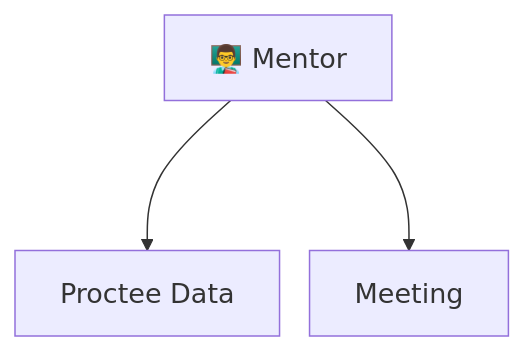
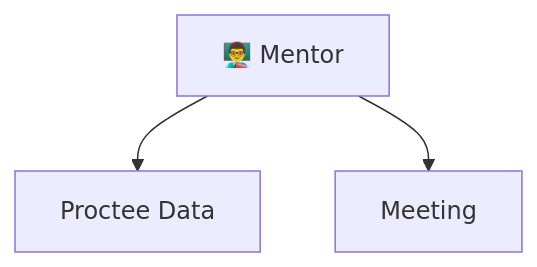
One commit to ankitn1311/acharya_docs changed the fifth of 7 diagrams in src/content/modules/employee/my-menu/my-profile.mdx. Above: the diagram before and after it, drawn with Mermaid. The commit also changed other lines of this file, not shown here.

Commit message:
charts immproved

````diff
--- a/src/content/modules/employee/my-menu/my-profile.mdx
+++ b/src/content/modules/employee/my-menu/my-profile.mdx
@@ -231,6 +200,5 @@
 ```mermaid
-%%{init: {'theme': 'default', 'themeVariables': {'fontSize': '18px', 'nodePadding': '20px', 'nodeBorderRadius': '14px'}, 'flowchart': {'rankSpacing': 100, 'nodeSpacing': 20}}}%%
-graph TB
+flowchart TD
     E[👨‍🏫 Mentor] --> E1[Proctee Data]
     E --> E2[Meeting]
 ```
````
